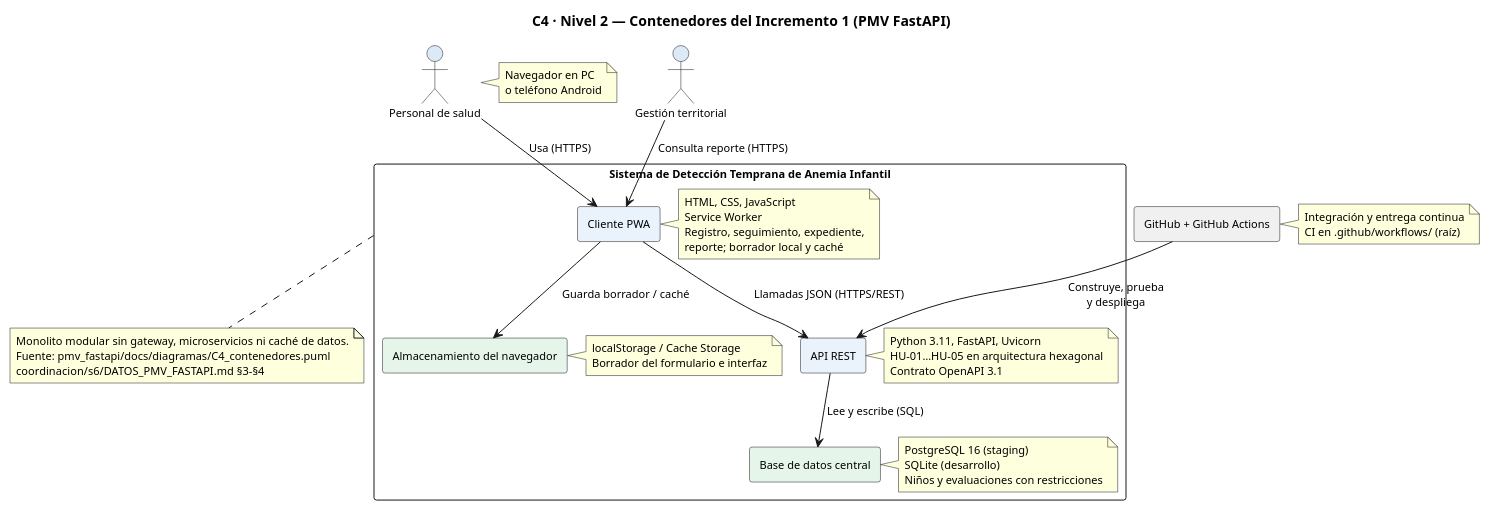
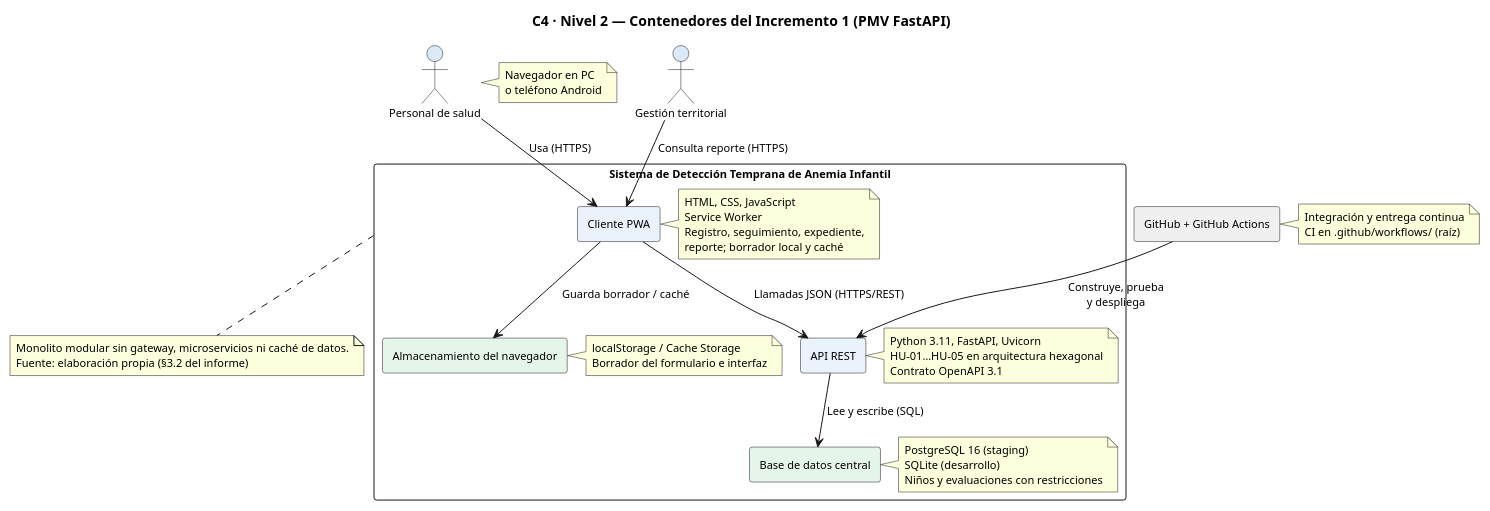
Before and after one commit to woshtsu/ProcesosSoftwareAnemia: the diagram in diagramas/src/53_s6_c4_contenedores_fastapi.puml, drawn with PlantUML. The commit also changed 100 other files, not shown here.

```diff
--- a/diagramas/src/53_s6_c4_contenedores_fastapi.puml
+++ b/diagramas/src/53_s6_c4_contenedores_fastapi.puml
@@ -1,68 +1,67 @@
 @startuml 53_s6_c4_contenedores_fastapi
 ' Fuente original: pmv_fastapi/docs/diagramas/C4_contenedores.puml
 ' Adaptada a diagramas/src/ sin includes remotos
 !pragma layout smetana
 skinparam backgroundColor #FFFFFF
 skinparam defaultFontName "Arial"
 skinparam defaultFontSize 11
 
 title C4 · Nivel 2 — Contenedores del Incremento 1 (PMV FastAPI)
 
 actor "Personal de salud" as enf #DCE9F7
 note right of enf
   Navegador en PC
   o teléfono Android
 end note
 
 actor "Gestión territorial" as mic #DCE9F7
 
 rectangle "Sistema de Detección Temprana de Anemia Infantil" as boundary {
   rectangle "Cliente PWA" as pwa #EAF2FB
   note right of pwa
     HTML, CSS, JavaScript
     Service Worker
     Registro, seguimiento, expediente,
     reporte; borrador local y caché
   end note
 
   rectangle "Almacenamiento del navegador" as local #E6F5EA
   note right of local
     localStorage / Cache Storage
     Borrador del formulario e interfaz
   end note
 
   rectangle "API REST" as api #EAF2FB
   note right of api
     Python 3.11, FastAPI, Uvicorn
     HU-01…HU-05 en arquitectura hexagonal
     Contrato OpenAPI 3.1
   end note
 
   rectangle "Base de datos central" as db #E6F5EA
   note right of db
     PostgreSQL 16 (staging)
     SQLite (desarrollo)
     Niños y evaluaciones con restricciones
   end note
 }
 
 rectangle "GitHub + GitHub Actions" as ci #F0F0F0
 note right of ci
   Integración y entrega continua
   CI en .github/workflows/ (raíz)
 end note
 
 enf --> pwa : "Usa (HTTPS)"
 mic --> pwa : "Consulta reporte (HTTPS)"
 pwa --> local : "Guarda borrador / caché"
 pwa --> api : "Llamadas JSON (HTTPS/REST)"
 api --> db : "Lee y escribe (SQL)"
 ci --> api : "Construye, prueba\ny despliega"
 
 note bottom of boundary
   Monolito modular sin gateway, microservicios ni caché de datos.
-  Fuente: pmv_fastapi/docs/diagramas/C4_contenedores.puml
-  coordinacion/s6/DATOS_PMV_FASTAPI.md §3–§4
+  Fuente: elaboración propia (§3.2 del informe)
 end note
 
 @enduml
```
